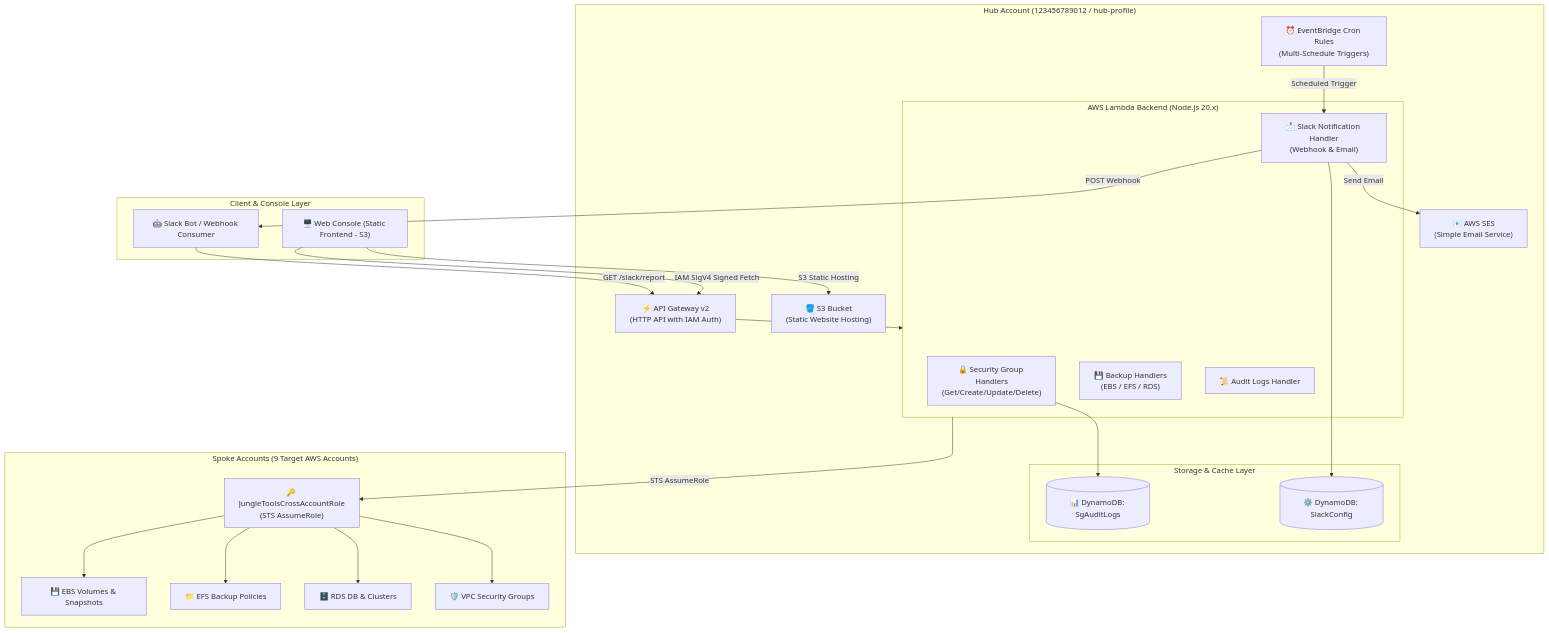
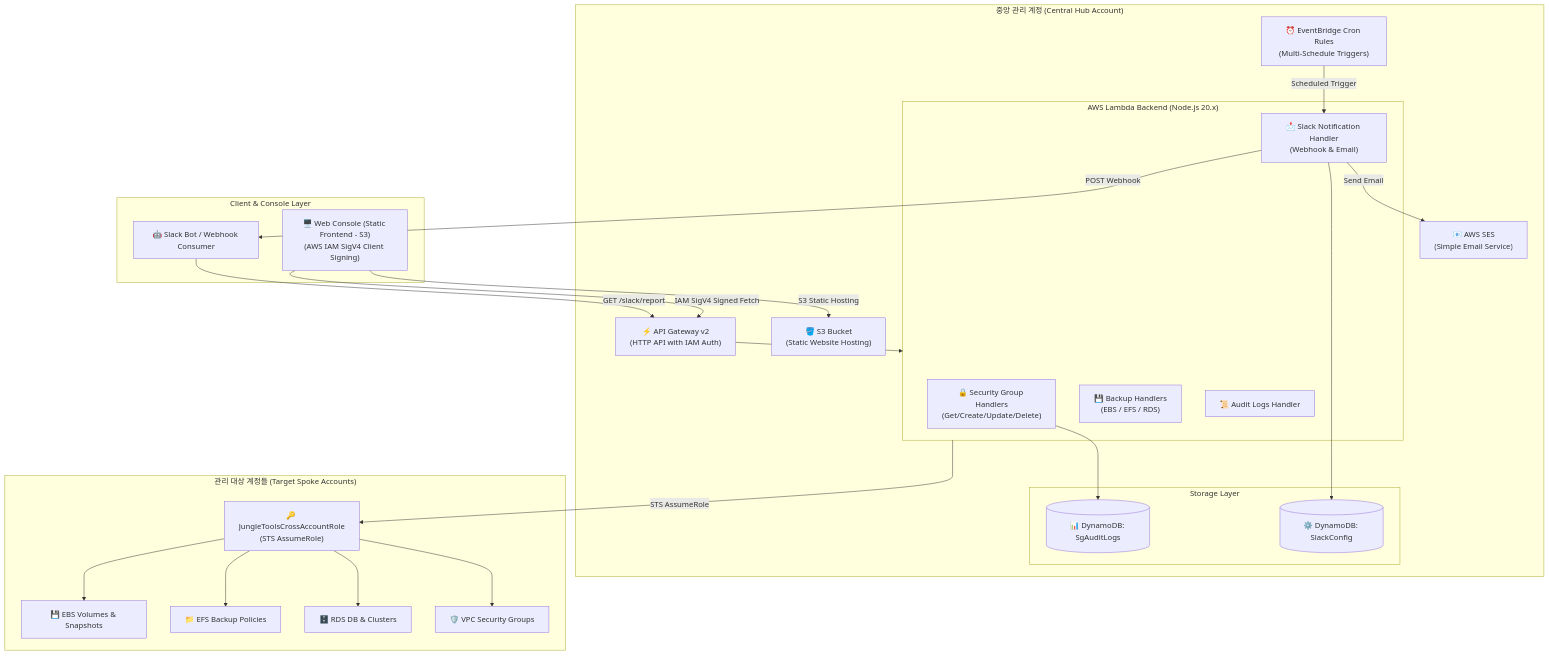
One commit to keikun80/jungler changed the diagram in README.md. Above: the diagram before and after it, drawn with Mermaid. The commit also changed other lines of this file and 6 other files, not shown here.

````diff
--- a/README.md
+++ b/README.md
@@ -81,53 +84,53 @@
 ```mermaid
 flowchart TB
     subgraph Client ["Client & Console Layer"]
-        Browser["🖥️ Web Console (Static Frontend - S3)"]
+        Browser["🖥️ Web Console (Static Frontend - S3)<br/>(AWS IAM SigV4 Client Signing)"]
         SlackBot["🤖 Slack Bot / Webhook Consumer"]
     end
 
-    subgraph HubAccount ["Hub Account (123456789012 / hub-profile)"]
+    subgraph HubAccount ["중앙 관리 계정 (Central Hub Account)"]
         S3["🪣 S3 Bucket<br/>(Static Website Hosting)"]
         APIGW["⚡ API Gateway v2<br/>(HTTP API with IAM Auth)"]
         
         subgraph Lambdas ["AWS Lambda Backend (Node.js 20.x)"]
             SG_Func["🔒 Security Group Handlers<br/>(Get/Create/Update/Delete)"]
             Backup_Func["💾 Backup Handlers<br/>(EBS / EFS / RDS)"]
             Slack_Func["📩 Slack Notification Handler<br/>(Webhook & Email)"]
             Audit_Func["📜 Audit Logs Handler"]
         end
 
-        subgraph Storage ["Storage & Cache Layer"]
+        subgraph Storage ["Storage Layer"]
             AuditDB[("📊 DynamoDB: SgAuditLogs")]
             SlackDB[("⚙️ DynamoDB: SlackConfig")]
         end
 
         SES["📧 AWS SES<br/>(Simple Email Service)"]
         EventBridge["⏰ EventBridge Cron Rules<br/>(Multi-Schedule Triggers)"]
     end
 
-    subgraph SpokeAccounts ["Spoke Accounts (9 Target AWS Accounts)"]
+    subgraph SpokeAccounts ["관리 대상 계정들 (Target Spoke Accounts)"]
         SpokeRole["🔑 JungleToolsCrossAccountRole<br/>(STS AssumeRole)"]
         EBS["💾 EBS Volumes & Snapshots"]
         EFS["📁 EFS Backup Policies"]
         RDS["🗄️ RDS DB & Clusters"]
         SG["🛡️ VPC Security Groups"]
     end
 
     Browser -->|S3 Static Hosting| S3
     Browser -->|IAM SigV4 Signed Fetch| APIGW
     SlackBot -->|GET /slack/report| APIGW
     
     APIGW --> Lambdas
     EventBridge -->|Scheduled Trigger| Slack_Func
 
     SG_Func --> AuditDB
     Slack_Func --> SlackDB
     Slack_Func -->|Send Email| SES
     Slack_Func -->|POST Webhook| SlackBot
 
     Lambdas -->|STS AssumeRole| SpokeRole
     SpokeRole --> EBS
     SpokeRole --> EFS
     SpokeRole --> RDS
     SpokeRole --> SG
 ```
````
